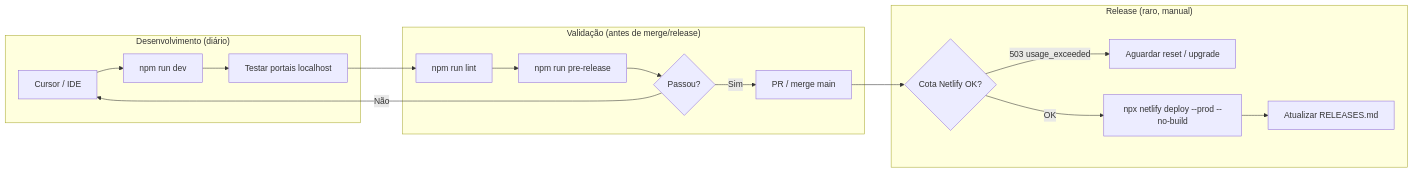
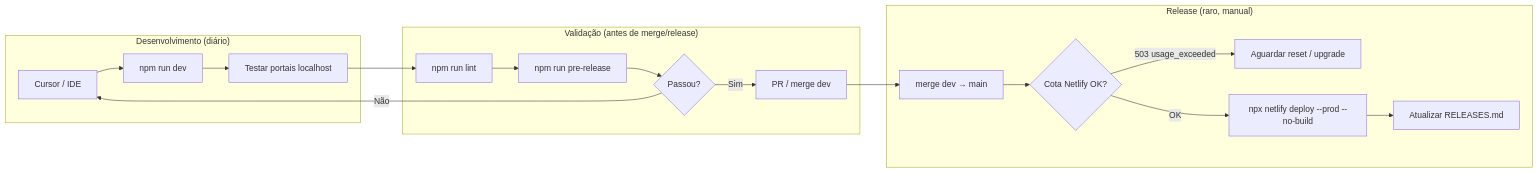
One commit to Piulres/sistema-bibi changed the diagram in docs/OPERACOES.md. Above: the diagram before and after it, drawn with Mermaid. The commit also changed other lines of this file and 6 other files, not shown here.

First line of the commit message:
docs: fluxo dev-first — PRs integram em dev antes de main

````diff
--- a/docs/OPERACOES.md
+++ b/docs/OPERACOES.md
@@ -13,23 +13,24 @@
 ```mermaid
 flowchart LR
   subgraph Dev["Desenvolvimento (diário)"]
     A[Cursor / IDE] --> B[npm run dev]
     B --> C[Testar portais localhost]
   end
 
   subgraph Validação["Validação (antes de merge/release)"]
     D[npm run lint] --> E[npm run pre-release]
     E --> F{Passou?}
     F -->|Não| A
-    F -->|Sim| G[PR / merge main]
+    F -->|Sim| G[PR / merge dev]
   end
 
   subgraph Release["Release (raro, manual)"]
-    G --> H{Cota Netlify OK?}
+    G --> G2[merge dev → main]
+    G2 --> H{Cota Netlify OK?}
     H -->|503 usage_exceeded| I[Aguardar reset / upgrade]
     H -->|OK| J["npx netlify deploy --prod --no-build"]
     J --> K[Atualizar RELEASES.md]
   end
 
   C --> D
 ```
````
